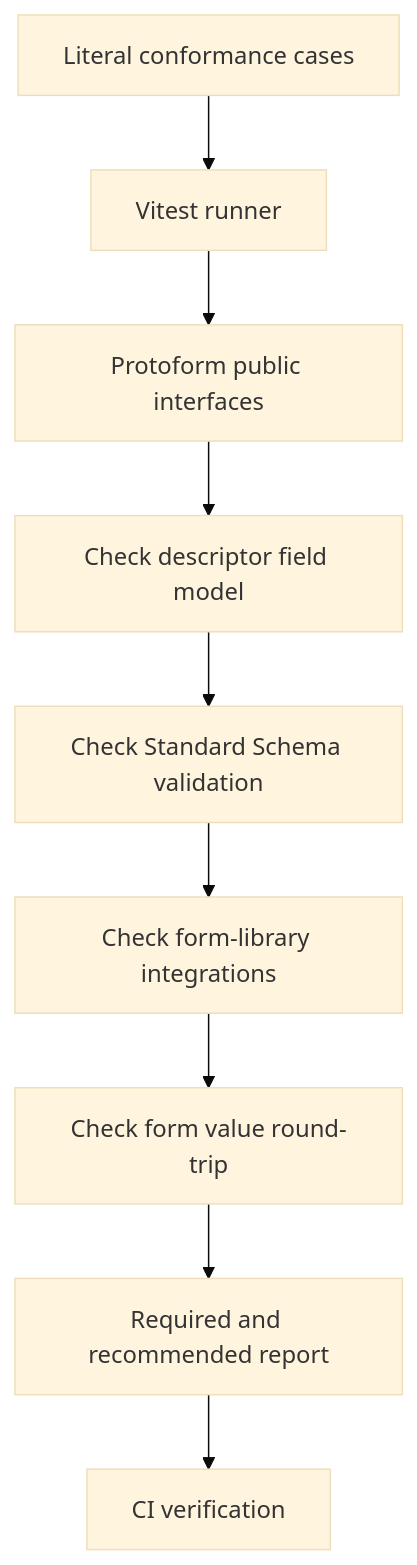
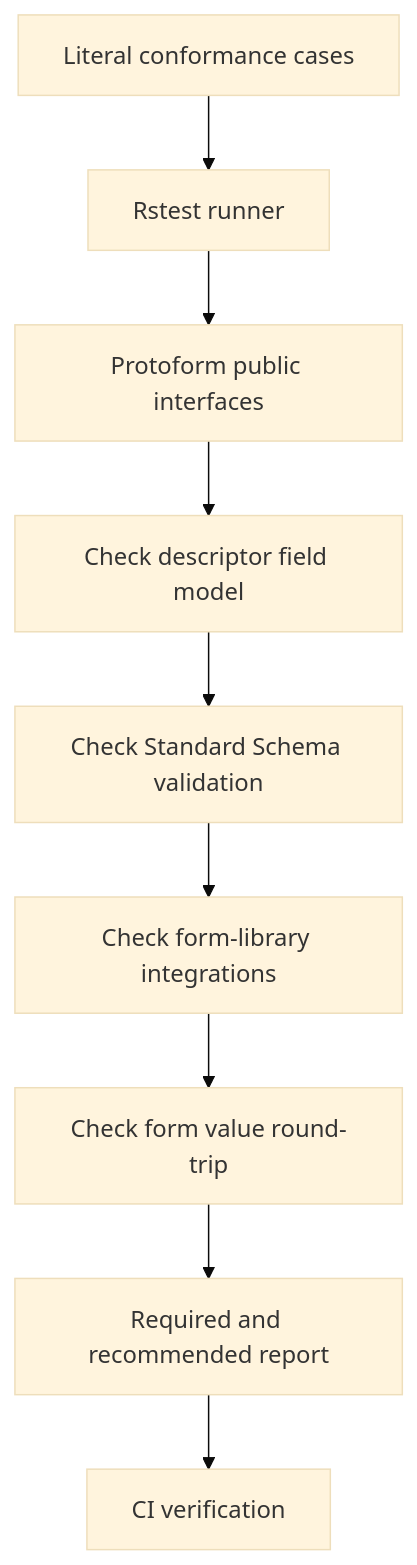
Before and after one commit to malinskibeniamin/protoform: the diagram in content/docs/(production)/conformance.mdx, drawn with Mermaid (base theme). The commit also changed other lines of this file and 161 other files, not shown here.

````diff
--- a/content/docs/(production)/conformance.mdx
+++ b/content/docs/(production)/conformance.mdx
@@ -25,11 +25,11 @@
 ```mermaid
 flowchart TD
-  Cases["Literal conformance cases"] --> Runner["Vitest runner"]
+  Cases["Literal conformance cases"] --> Runner["Rstest runner"]
   Runner --> Public["Protoform public interfaces"]
   Public --> Parse["Check descriptor field model"]
   Parse --> Validate["Check Standard Schema validation"]
   Validate --> Adapters["Check form-library integrations"]
   Adapters --> Convert["Check form value round-trip"]
   Convert --> Report["Required and recommended report"]
   Report --> CI["CI verification"]
 ```
````
